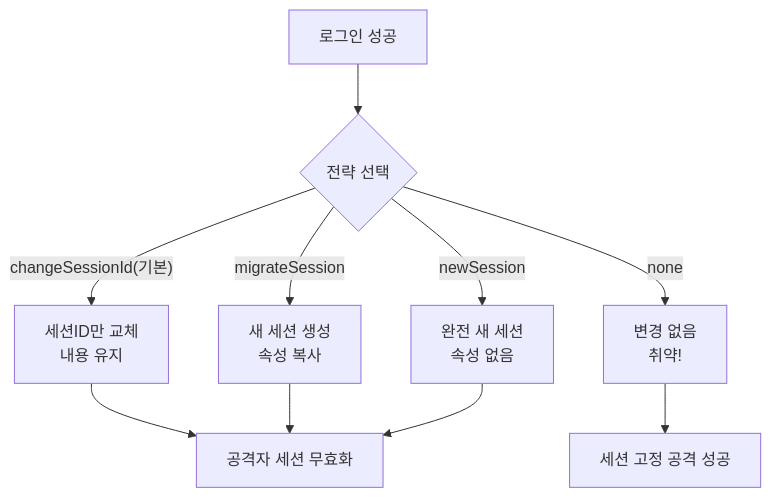
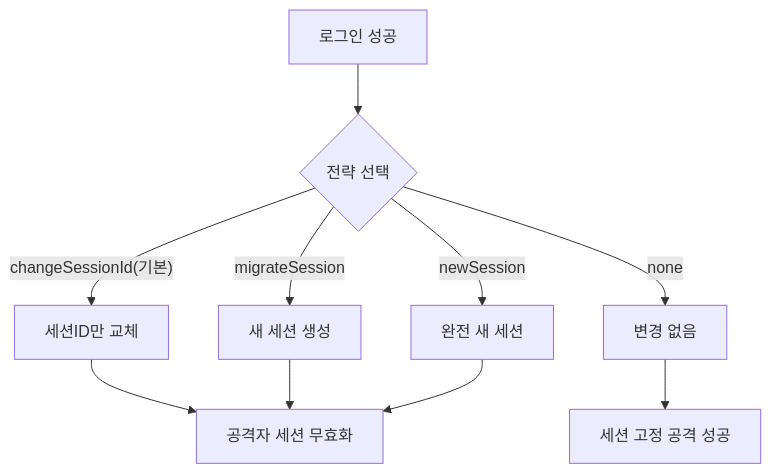
The second of 3 diagrams in _posts/security/2021-02-02-세션 고정 보호.md (yjkim2015/yjkim2015.github.io), drawn with Mermaid before and after one commit. The commit also changed other lines of this file and 217 other files, not shown here.

First line of the commit message:
Mermaid 크기 수정: useMaxWidth:true + SVG max-width:100% + 라벨 축소

````diff
--- a/_posts/security/2021-02-02-세션 고정 보호.md
+++ b/_posts/security/2021-02-02-세션 고정 보호.md
@@ -40,10 +40,10 @@
 ```mermaid
 flowchart TD
     A["로그인 성공"] --> B{"전략 선택"}
-    B -- "changeSessionId(기본)" --> C["세션ID만 교체\n내용 유지"]
-    B -- "migrateSession" --> D["새 세션 생성\n속성 복사"]
-    B -- "newSession" --> E["완전 새 세션\n속성 없음"]
-    B -- "none" --> F["변경 없음\n취약!"]
+    B -- "changeSessionId(기본)" --> C["세션ID만 교체"]
+    B -- "migrateSession" --> D["새 세션 생성"]
+    B -- "newSession" --> E["완전 새 세션"]
+    B -- "none" --> F["변경 없음"]
     C & D & E --> G["공격자 세션 무효화"]
     F --> H["세션 고정 공격 성공"]
 ```
````
